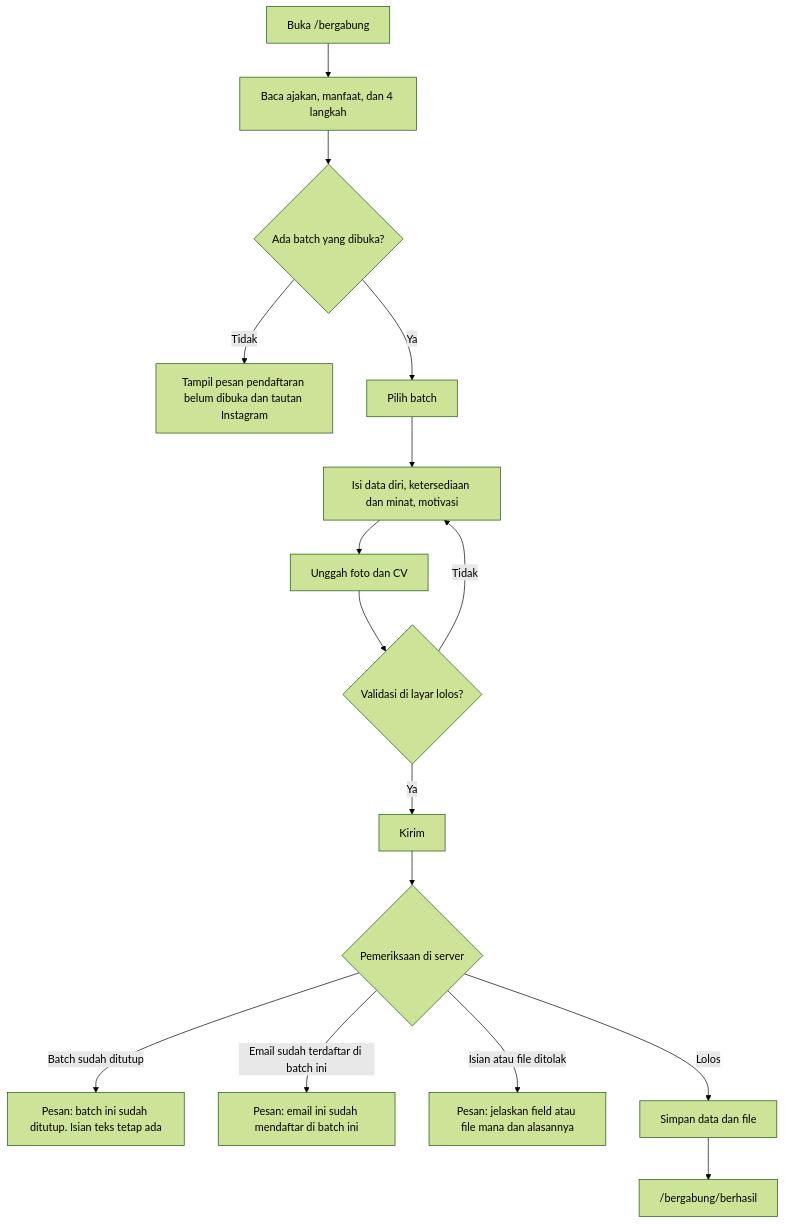
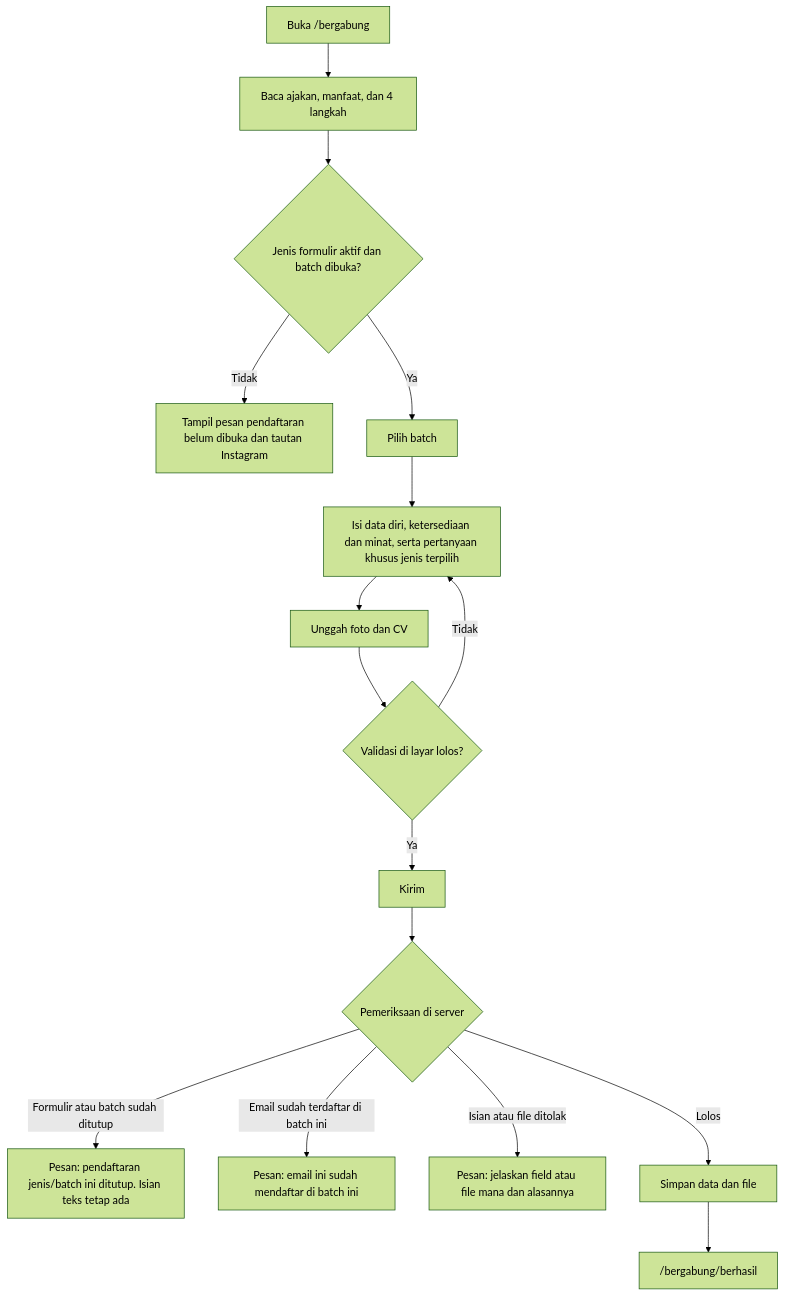
Before and after one commit to zeovarince/Papua-future-project: the second of 10 diagrams in docs/USERFLOW.md, drawn with Mermaid (forest theme). The commit also changed other lines of this file and 30 other files, not shown here.

````diff
--- a/docs/USERFLOW.md
+++ b/docs/USERFLOW.md
@@ -61,18 +66,18 @@
 ```mermaid
 flowchart TD
   A["Buka /bergabung"] --> B["Baca ajakan, manfaat, dan 4 langkah"]
-  B --> C{"Ada batch yang dibuka?"}
+  B --> C{"Jenis formulir aktif dan batch dibuka?"}
   C -- "Tidak" --> D["Tampil pesan pendaftaran belum dibuka dan tautan Instagram"]
   C -- "Ya" --> E["Pilih batch"]
-  E --> F["Isi data diri, ketersediaan dan minat, motivasi"]
+  E --> F["Isi data diri, ketersediaan dan minat, serta pertanyaan khusus jenis terpilih"]
   F --> G["Unggah foto dan CV"]
   G --> H{"Validasi di layar lolos?"}
   H -- "Tidak" --> F
   H -- "Ya" --> I["Kirim"]
   I --> J{"Pemeriksaan di server"}
-  J -- "Batch sudah ditutup" --> K["Pesan: batch ini sudah ditutup. Isian teks tetap ada"]
+  J -- "Formulir atau batch sudah ditutup" --> K["Pesan: pendaftaran jenis/batch ini ditutup. Isian teks tetap ada"]
   J -- "Email sudah terdaftar di batch ini" --> L["Pesan: email ini sudah mendaftar di batch ini"]
   J -- "Isian atau file ditolak" --> M["Pesan: jelaskan field atau file mana dan alasannya"]
   J -- "Lolos" --> N["Simpan data dan file"]
   N --> O["/bergabung/berhasil"]
 ```
````
